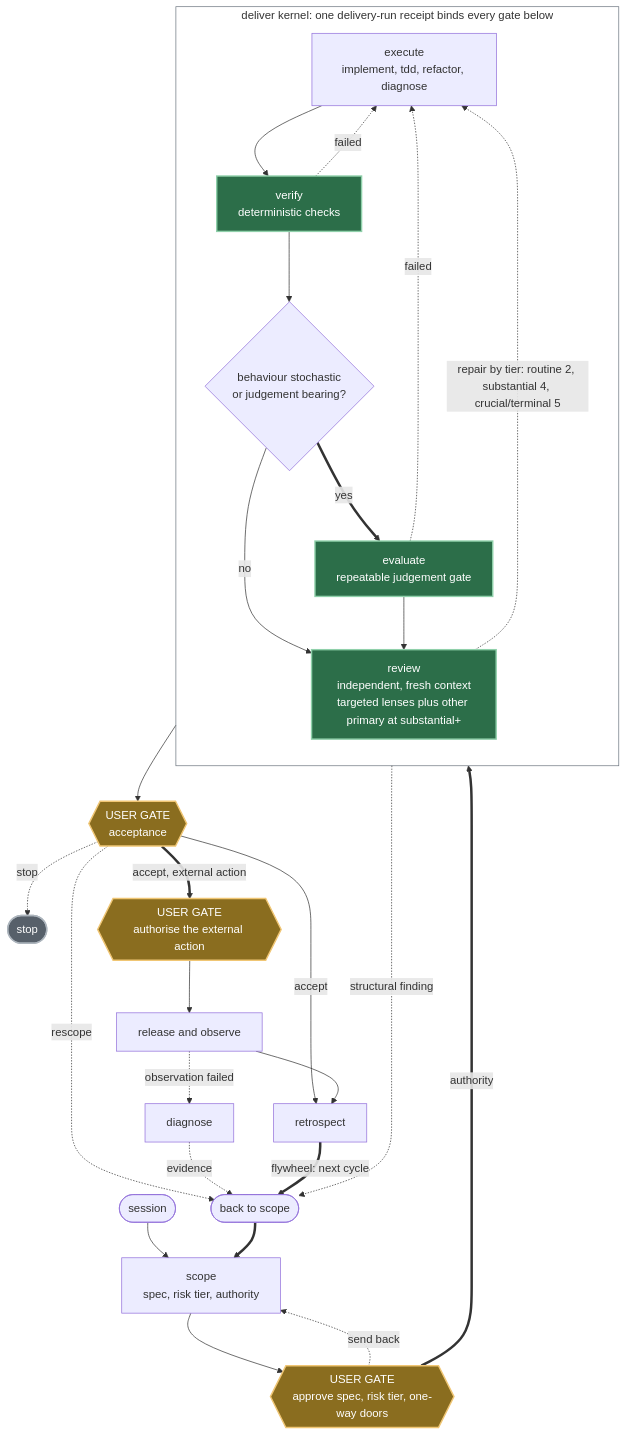
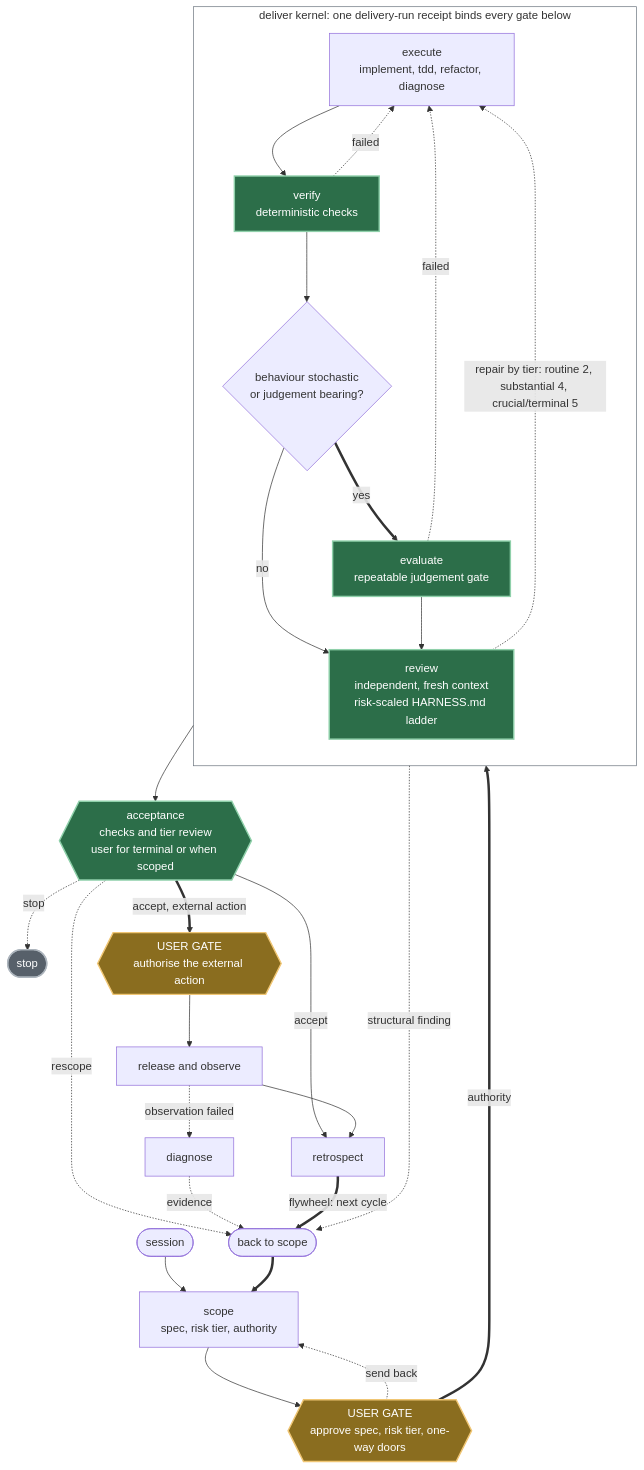
The first of 2 diagrams in docs/ARCHITECTURE.md (mblauberg/provenant), drawn with Mermaid before and after one commit. The commit also changed other lines of this file and 17 other files, not shown here.

Commit message:
fix: align review ladder with harness constitution

````diff
--- a/docs/ARCHITECTURE.md
+++ b/docs/ARCHITECTURE.md
@@ -73,43 +77,44 @@
 ```mermaid
 flowchart TB
-    accTitle: The full delivery lifecycle and its three user gates
-    accDescr: Session prepares context and scope produces the specification, risk tier and authority. A user gate approves the specification or sends it back to scope. Inside the deliver kernel, execute runs implement, tdd, refactor or diagnose, then deterministic verification runs, then a separate conditional evaluate gate runs only when behaviour is stochastic or judgement bearing, then independent targeted review and other-primary review run in fresh contexts that never authored the work. Review pressure scales with risk according to HARNESS.md, with stronger targeted and adversarial pressure at terminal. A failed check or blocking finding returns to execute under the risk-tier repair budget: routine 2 cycles, substantial 4, and crucial and terminal 5, a guardrail against unbounded loops, not a target. The user acceptance gate accepts, rescopes or stops. Any external action needs a separate user authorisation before release and observation. A failed observation opens diagnose. Every path that returns work to scope, a structural review finding, a rescope at the acceptance gate, diagnostic evidence and the retrospect flywheel, converges on one back-to-scope collector rather than five separate return edges.
+    accTitle: The full delivery lifecycle and user gates
+    accDescr: Session prepares context and scope produces the specification, risk tier and authority. A user gate approves the specification or sends it back to scope. Inside the deliver kernel, execute runs implement, tdd, refactor or diagnose, then deterministic verification runs, then a separate conditional evaluate gate runs only when behaviour is stochastic or judgement bearing, then independent review runs in fresh contexts that never authored the work. Coverage follows the HARNESS.md Review ladder, with an adversarial lens added at terminal. A failed check or blocking finding returns to execute under the risk-tier repair budget: routine 2 cycles, substantial 4, and crucial and terminal 5, a guardrail against unbounded loops, not a target. Acceptance follows checks and the required review; explicit user acceptance applies to terminal work or when scope requires it. Any external action needs a separate user authorisation before release and observation. A failed observation opens diagnose. Every path that returns work to scope, a structural review finding, a rescope at acceptance, diagnostic evidence and the retrospect flywheel, converges on one back-to-scope collector rather than five separate return edges.
     SE(["session"]) --> SC["scope<br/>spec, risk tier, authority"]
     SC --> G1{{"USER GATE<br/>approve spec, risk tier, one-way doors"}}
     G1 -. "send back" .-> SC
     G1 == "authority" ==> DEL
 
     subgraph DEL["deliver kernel: one delivery-run receipt binds every gate below"]
       direction TB
       EX["execute<br/>implement, tdd, refactor, diagnose"] --> VF["verify<br/>deterministic checks"]
       VF -. "failed" .-> EX
       VF --> Q{"behaviour stochastic<br/>or judgement bearing?"}
       Q -- "no" --> RV
       Q == "yes" ==> EV["evaluate<br/>repeatable judgement gate"]
       EV -. "failed" .-> EX
-      EV --> RV["review<br/>independent, fresh context<br/>targeted lenses plus other primary at substantial+"]
+      EV --> RV["review<br/>independent, fresh context<br/>risk-scaled HARNESS.md ladder"]
       RV -. "repair by tier: routine 2, substantial 4, crucial/terminal 5" .-> EX
     end
 
-    RV --> G2{{"USER GATE<br/>acceptance"}}
+    RV --> G2{{"acceptance<br/>checks and tier review<br/>user for terminal or when scoped"}}
     G2 -. "stop" .-> HALT(["stop"])
     G2 -- "accept" --> RT["retrospect"]
     G2 == "accept, external action" ==> G3{{"USER GATE<br/>authorise the external action"}}
     G3 --> RL["release and observe"]
     RL -. "observation failed" .-> DG["diagnose"]
     RL --> RT
 
     RV -. "structural finding" .-> RS
     G2 -. "rescope" .-> RS
     DG -. "evidence" .-> RS
     RT == "flywheel: next cycle" ==> RS
     RS(["back to scope"]) ==> SC
 
     classDef user fill:#8a6d1f,stroke:#f0c674,color:#ffffff,stroke-width:2px
     classDef blocking fill:#2c6e49,stroke:#8fd0aa,color:#ffffff,stroke-width:2px
     classDef inert fill:#57606a,stroke:#adb5bd,color:#ffffff,stroke-width:2px
-    class G1,G2,G3 user
+    class G1,G3 user
+    class G2 blocking
     class VF,EV,RV blocking
     class HALT inert
     style DEL fill:none,stroke:#6e7781,stroke-width:1px
 ```
````
